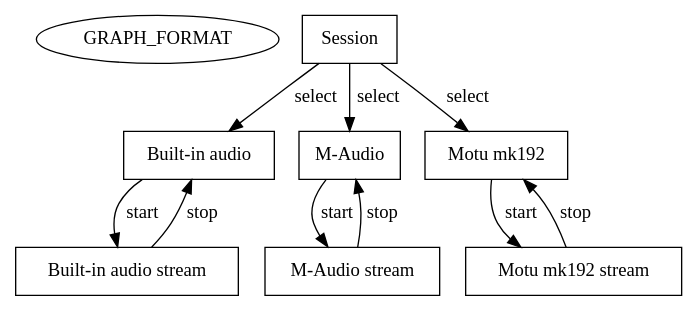
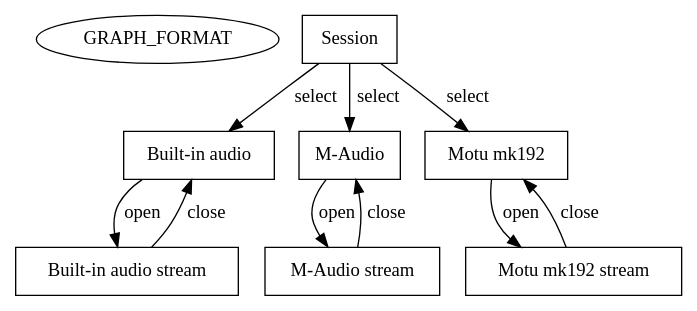
The diagram in doc/graphs/device_states2.dot (faudio/faudio), drawn with Graphviz before and after one commit. The commit also changed 14 other files, not shown here.

```diff
--- a/doc/graphs/device_states2.dot
+++ b/doc/graphs/device_states2.dot
@@ -1,26 +1,26 @@
 
 #include "doc/graphs/header.dot"
 
 digraph graphname {
     GRAPH_FORMAT;
 
     Session  [shape="rect"];
     "Built-in audio"  [shape="rect"];
     "Built-in audio stream"  [shape="rect"];
     "M-Audio"  [shape="rect"];
     "M-Audio stream"  [shape="rect"];
     "Motu mk192"  [shape="rect"];
     "Motu mk192 stream"  [shape="rect"];
 
     Session -> "Built-in audio" [label = "select"];
-    "Built-in audio stream" -> "Built-in audio"  [label = "stop"];
-    "Built-in audio" -> "Built-in audio stream"  [label = "start"];
+    "Built-in audio stream" -> "Built-in audio"  [label = "close"];
+    "Built-in audio" -> "Built-in audio stream"  [label = "open"];
 
     Session -> "M-Audio" [label = "select"];
-    "M-Audio" -> "M-Audio stream"  [label = "start"];
-    "M-Audio stream" -> "M-Audio"  [label = "stop"];
+    "M-Audio" -> "M-Audio stream"  [label = "open"];
+    "M-Audio stream" -> "M-Audio"  [label = "close"];
 
     Session -> "Motu mk192" [label = "select"];
-    "Motu mk192" -> "Motu mk192 stream"  [label = "start"];
-    "Motu mk192 stream" -> "Motu mk192"  [label = "stop"];   
+    "Motu mk192" -> "Motu mk192 stream"  [label = "open"];
+    "Motu mk192 stream" -> "Motu mk192"  [label = "close"];   
 }
```
